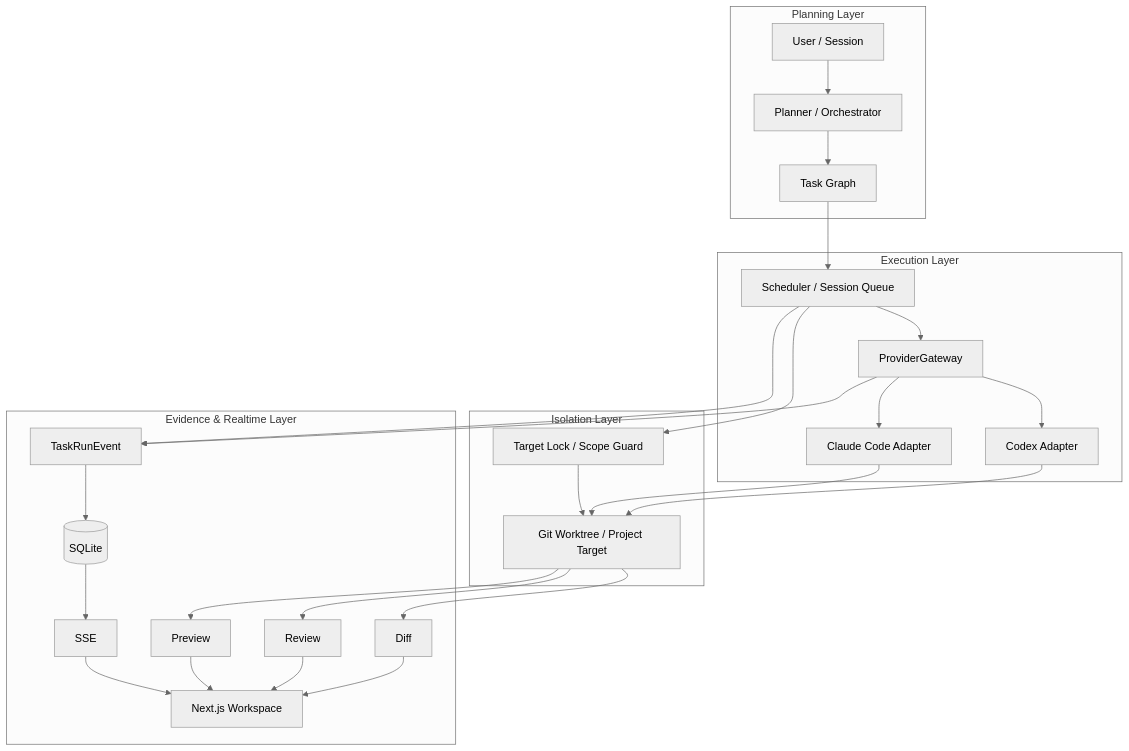
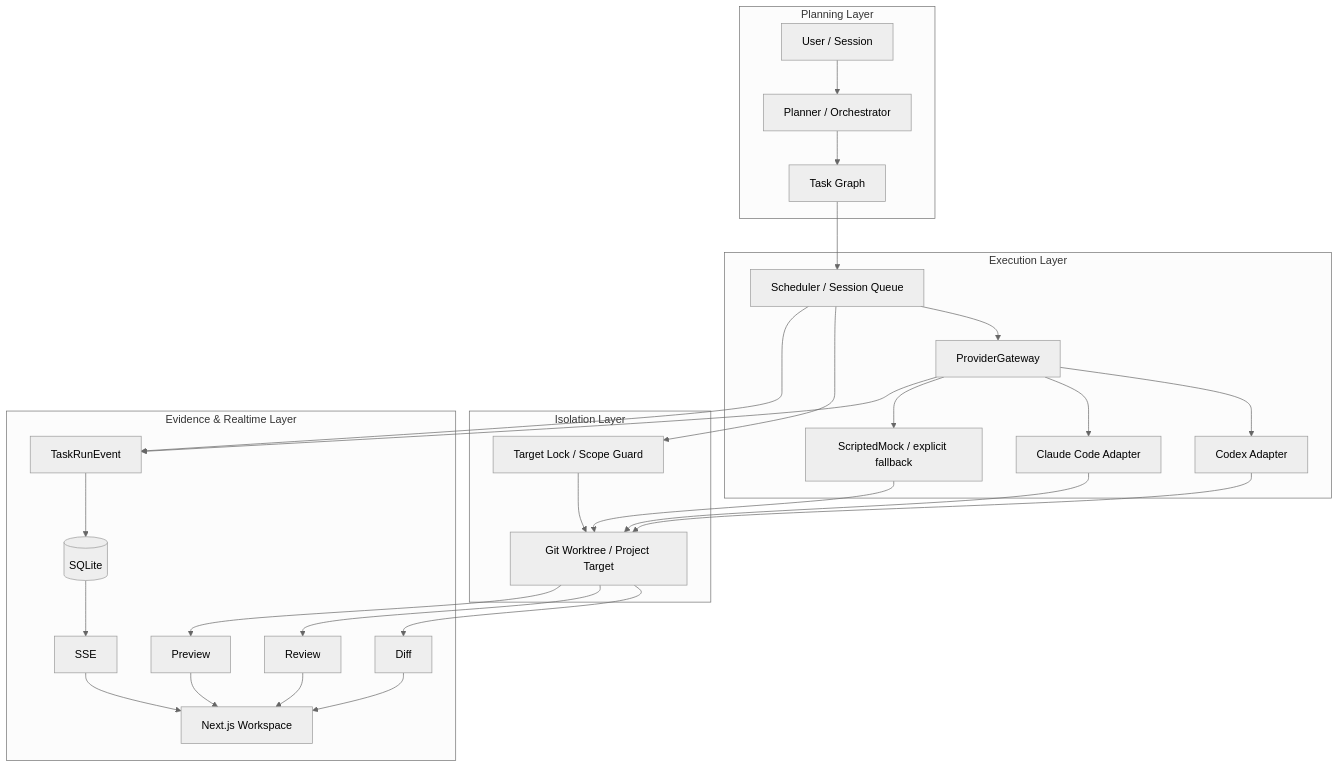
Before and after one commit to YoungBossX/AgentHub: the diagram in README.md, drawn with Mermaid (neutral theme). The commit also changed other lines of this file and 57 other files, not shown here.

````diff
--- a/README.md
+++ b/README.md
@@ -96,54 +118,57 @@
 ```mermaid
 flowchart TB
 
     subgraph P["Planning Layer"]
         U[User / Session]
         O[Planner / Orchestrator]
         TG[Task Graph]
         U --> O --> TG
     end
 
     subgraph E["Execution Layer"]
         S[Scheduler / Session Queue]
         PG[ProviderGateway]
         C[Codex Adapter]
         CL[Claude Code Adapter]
+        M[ScriptedMock / explicit fallback]
 
         TG --> S
         S --> PG
         PG --> C
         PG --> CL
+        PG --> M
     end
 
     subgraph I["Isolation Layer"]
         W[Git Worktree / Project Target]
         L[Target Lock / Scope Guard]
 
         C --> W
         CL --> W
+        M --> W
         S --> L
         L --> W
     end
 
     subgraph V["Evidence & Realtime Layer"]
         D[Diff]
         R[Review]
         PVIEW[Preview]
         EVT[TaskRunEvent]
         DB[(SQLite)]
         SSE[SSE]
         WEB[Next.js Workspace]
 
         W --> D
         W --> R
         W --> PVIEW
 
         D --> WEB
         R --> WEB
         PVIEW --> WEB
 
         S --> EVT
         PG --> EVT
         EVT --> DB --> SSE --> WEB
     end
 ```
````
